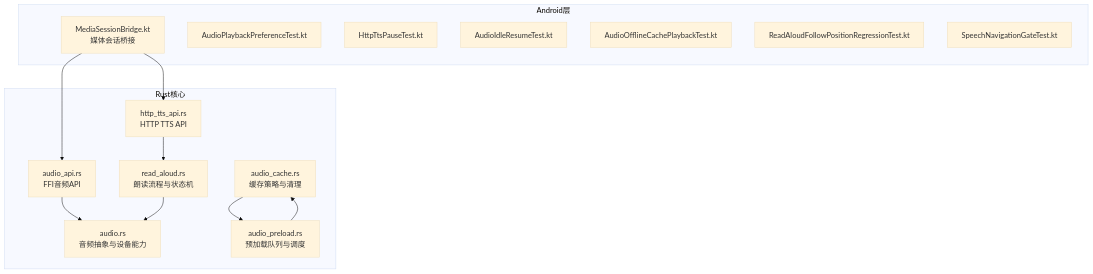
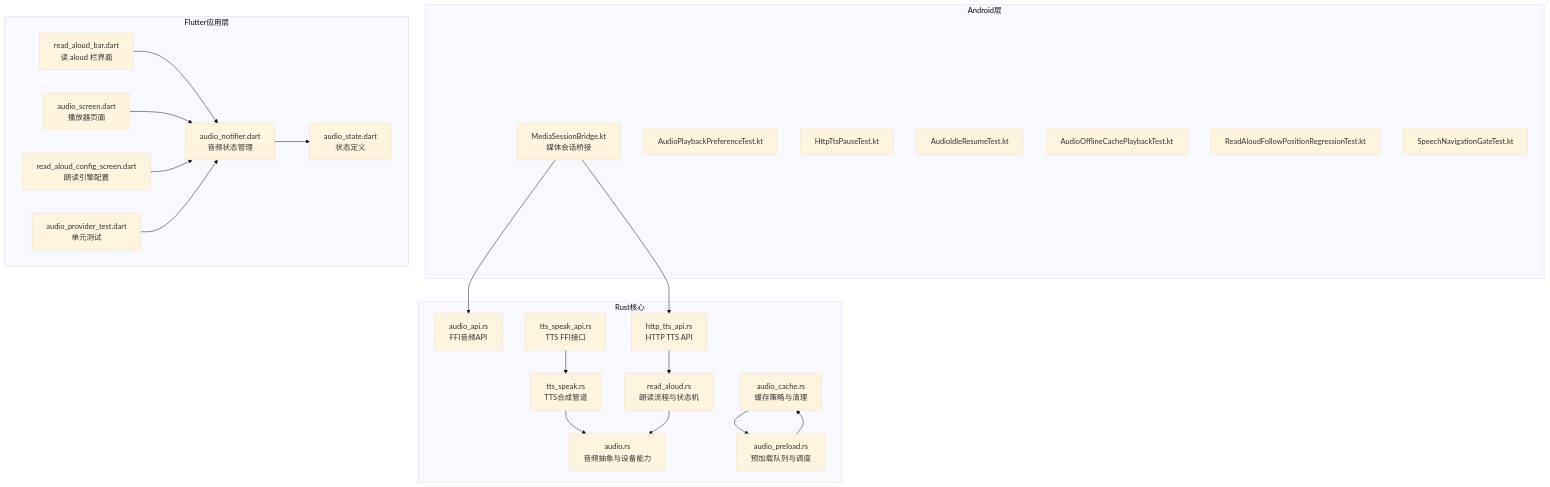
The first of 7 diagrams in .qoder/repowiki/zh/content/音频功能/音频功能.md (ZhangGHGitHub/LegadoTeamFlutter), drawn with Mermaid (base theme) before and after one commit. The commit also changed other lines of this file and 173 other files, not shown here.

````diff
--- a/.qoder/repowiki/zh/content/音频功能/音频功能.md
+++ b/.qoder/repowiki/zh/content/音频功能/音频功能.md
@@ -55,27 +68,43 @@
 ```mermaid
 graph TB
 subgraph "Rust核心"
 A["audio.rs<br/>音频抽象与设备能力"]
 B["audio_cache.rs<br/>缓存策略与清理"]
 C["audio_preload.rs<br/>预加载队列与调度"]
 D["read_aloud.rs<br/>朗读流程与状态机"]
-E["audio_api.rs<br/>FFI音频API"]
-F["http_tts_api.rs<br/>HTTP TTS API"]
+E["tts_speak.rs<br/>TTS合成管道"]
+F["audio_api.rs<br/>FFI音频API"]
+G["http_tts_api.rs<br/>HTTP TTS API"]
+H["tts_speak_api.rs<br/>TTS FFI接口"]
 end
 subgraph "Android层"
-G["MediaSessionBridge.kt<br/>媒体会话桥接"]
-H["AudioPlaybackPreferenceTest.kt"]
-I["HttpTtsPauseTest.kt"]
-J["AudioIdleResumeTest.kt"]
-K["AudioOfflineCachePlaybackTest.kt"]
-L["ReadAloudFollowPositionRegressionTest.kt"]
-M["SpeechNavigationGateTest.kt"]
+I["MediaSessionBridge.kt<br/>媒体会话桥接"]
+J["AudioPlaybackPreferenceTest.kt"]
+K["HttpTtsPauseTest.kt"]
+L["AudioIdleResumeTest.kt"]
+M["AudioOfflineCachePlaybackTest.kt"]
+N["ReadAloudFollowPositionRegressionTest.kt"]
+O["SpeechNavigationGateTest.kt"]
+end
+subgraph "Flutter应用层"
+P["read_aloud_bar.dart<br/>读 aloud 栏界面"]
+Q["audio_notifier.dart<br/>音频状态管理"]
+R["audio_state.dart<br/>状态定义"]
+S["audio_screen.dart<br/>播放器页面"]
+T["read_aloud_config_screen.dart<br/>朗读引擎配置"]
+U["audio_provider_test.dart<br/>单元测试"]
 end
 E --> A
-F --> D
+G --> D
 B --> C
 D --> A
 C --> B
-G --> E
-G --> F
+H --> E
+I --> F
+I --> G
+P --> Q
+Q --> R
+S --> Q
+T --> Q
+U --> Q
 ```
````
